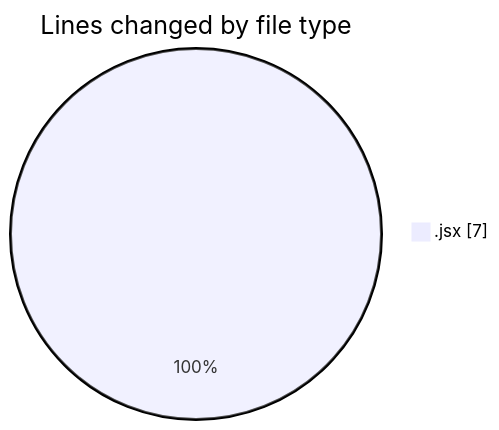
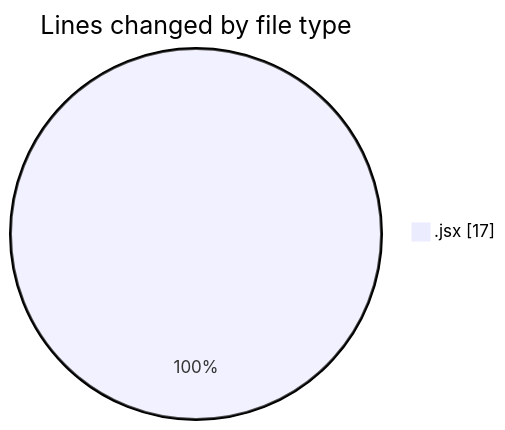
Before and after one commit to nxtqubesakshisongat/code-tracking: the first of 2 diagrams in 2025-06-04/nxtqube_webapp/README.md, drawn with Mermaid. The commit also changed other lines of this file and 1 other file, not shown here.

````diff
--- a/2025-06-04/nxtqube_webapp/README.md
+++ b/2025-06-04/nxtqube_webapp/README.md
@@ -20,5 +20,5 @@
 ```mermaid
 pie showData
 title Lines changed by file type
-".jsx" : 7
+".jsx" : 17
 ```
````
